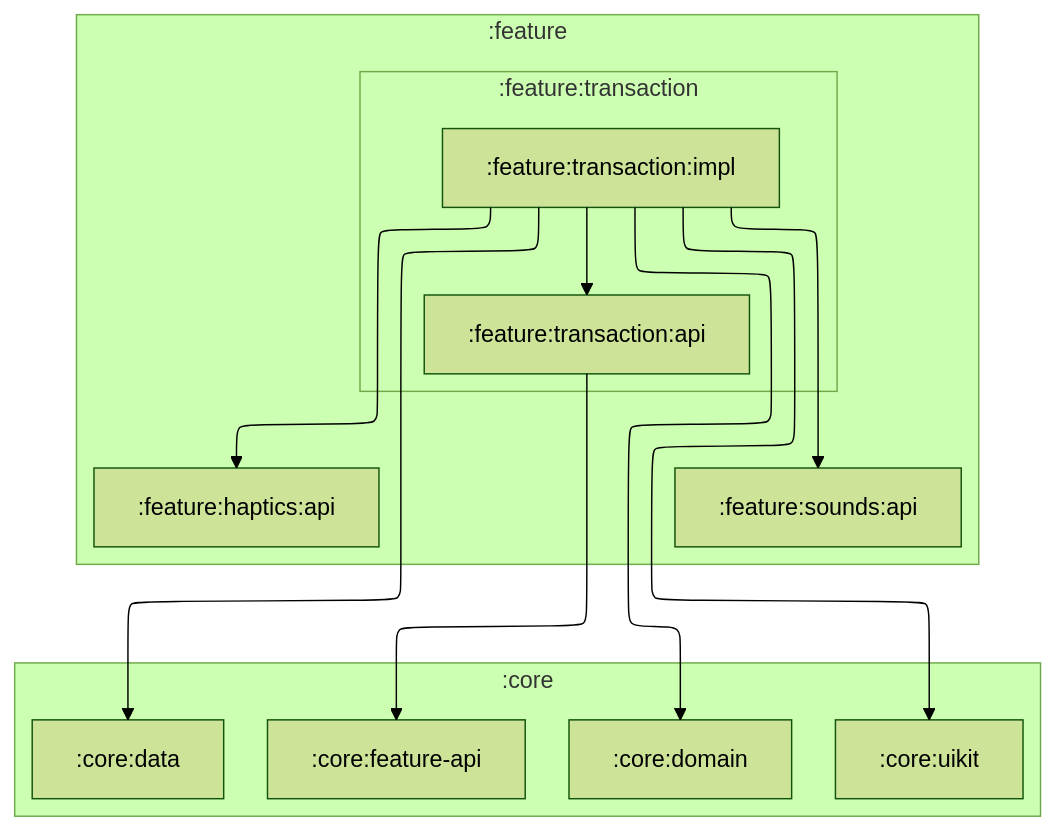
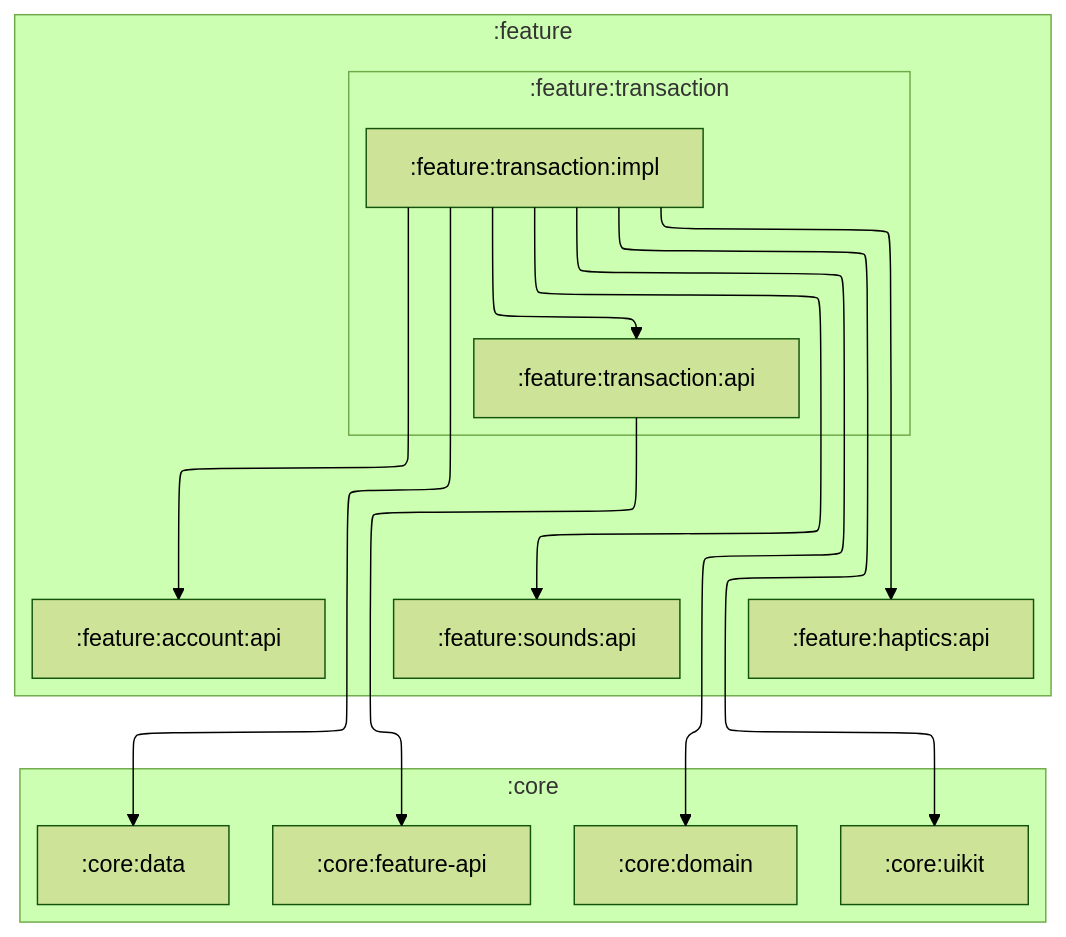
One commit to IliaVoskoboinikov/Finance-Manager changed the diagram in feature/transaction/impl/README.md. Above: the diagram before and after it, drawn with Mermaid (forest theme). The commit also changed other lines of this file and 14 other files, not shown here.

````diff
--- a/feature/transaction/impl/README.md
+++ b/feature/transaction/impl/README.md
@@ -14,35 +20,37 @@
 ```mermaid
 ---
 config:
   layout: elk
   elk:
     nodePlacementStrategy: SIMPLE
 ---
 graph TB
     subgraph :feature
         subgraph :feature:transaction
             :feature:transaction:api
             :feature:transaction:impl
         end
 
+        :feature:account:api
         :feature:haptics:api
         :feature:sounds:api
     end
 
     subgraph :core
         :core:data
         :core:domain
         :core:uikit
         :core:feature-api
     end
 
     :feature:transaction:impl --> :feature:transaction:api
     :feature:transaction:impl --> :core:domain
     :feature:transaction:impl --> :core:data
     :feature:transaction:impl --> :core:uikit
+    :feature:transaction:impl --> :feature:account:api
     :feature:transaction:impl --> :feature:haptics:api
     :feature:transaction:impl --> :feature:sounds:api
     :feature:transaction:api --> :core:feature-api
 
     classDef android-library fill:#9BF6FF,stroke:#000,stroke-width:2px,color:#000;
 ```
````
